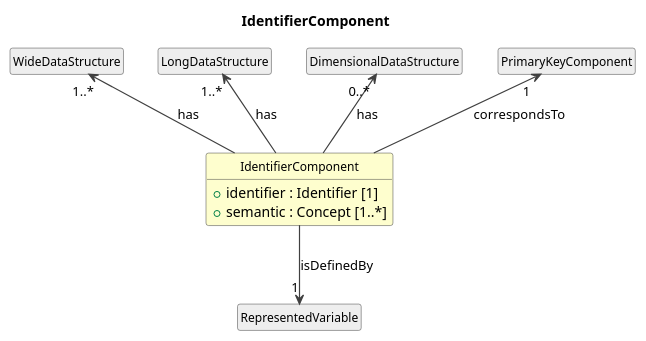
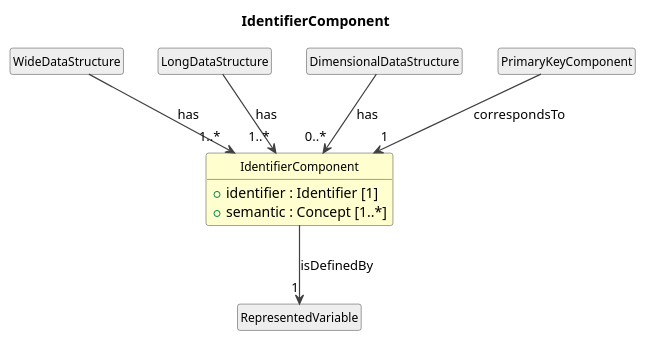
The diagram in cdif-uml-model/_plantuml/cdifDataStructure/Classes/IdentifierComponent.pu (Cross-Domain-Interoperability-Framework/metadataBuildingBlocks), drawn with PlantUML before and after one commit. The commit also changed 435 other files, not shown here.

First line of the commit message:
Model browser: fix reversed association arrows in detail diagrams

```diff
--- a/cdif-uml-model/_plantuml/cdifDataStructure/Classes/IdentifierComponent.pu
+++ b/cdif-uml-model/_plantuml/cdifDataStructure/Classes/IdentifierComponent.pu
@@ -1,28 +1,28 @@
 @startuml
 title IdentifierComponent
 hide circle
 hide empty members
 skinparam shadowing false
 skinparam ArrowThickness 1.2
 skinparam class {
   ArrowColor #404040
   BorderColor #404040
   FontSize 12
 }
 
 class "IdentifierComponent" as IdentifierComponent #FEFECE {
   +identifier : Identifier [1]
   +semantic : Concept [1..*]
 }
 class "WideDataStructure" as WideDataStructure #EEEEEE
-WideDataStructure "1..*" <-- IdentifierComponent : has
+WideDataStructure --> "1..*" IdentifierComponent : has
 class "LongDataStructure" as LongDataStructure #EEEEEE
-LongDataStructure "1..*" <-- IdentifierComponent : has
+LongDataStructure --> "1..*" IdentifierComponent : has
 class "DimensionalDataStructure" as DimensionalDataStructure #EEEEEE
-DimensionalDataStructure "0..*" <-- IdentifierComponent : has
+DimensionalDataStructure --> "0..*" IdentifierComponent : has
 class "RepresentedVariable" as RepresentedVariable #EEEEEE
 IdentifierComponent --> "1" RepresentedVariable : isDefinedBy
 class "PrimaryKeyComponent" as PrimaryKeyComponent #EEEEEE
-PrimaryKeyComponent "1" <-- IdentifierComponent : correspondsTo
+PrimaryKeyComponent --> "1" IdentifierComponent : correspondsTo
 
 @enduml
```
